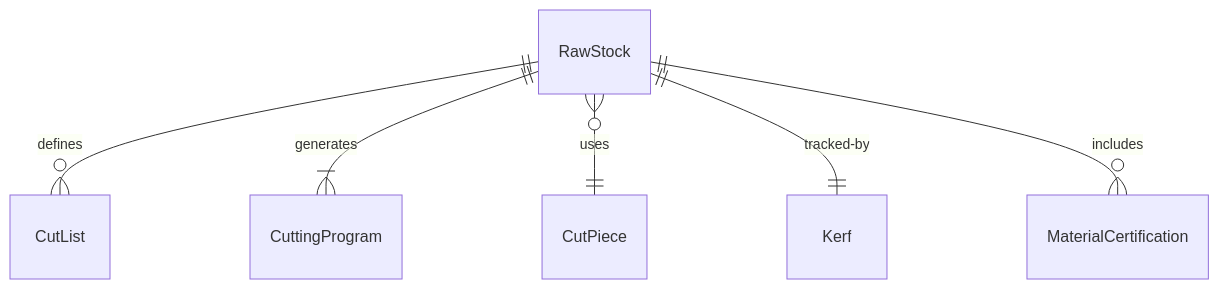
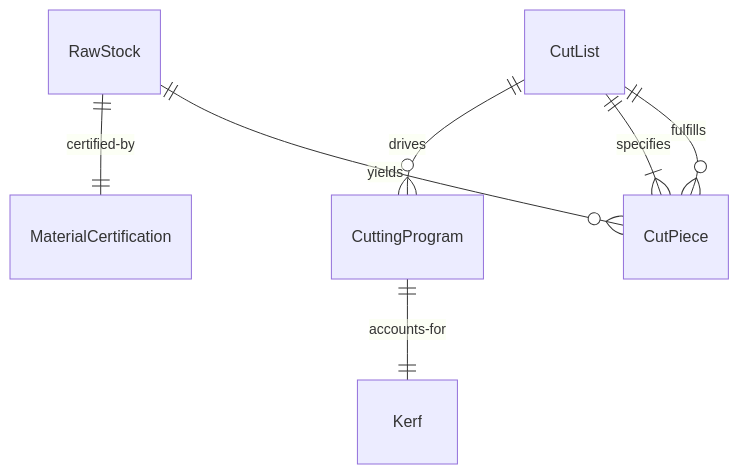
Before and after one commit to dot-org-ai/tasks.org.ai: the first of 4 diagrams in HandlingAndMovingObjects/CutMaterials/CutIndustrialMaterialsPreparationFabrication.mdx, drawn with Mermaid. The commit also changed other lines of this file and 515 other files, not shown here.

````diff
--- a/HandlingAndMovingObjects/CutMaterials/CutIndustrialMaterialsPreparationFabrication.mdx
+++ b/HandlingAndMovingObjects/CutMaterials/CutIndustrialMaterialsPreparationFabrication.mdx
@@ -87,8 +87,9 @@
 ```mermaid
 erDiagram
-    RawStock ||--o{ CutList : "defines"
-    RawStock ||--|{ CuttingProgram : "generates"
-    RawStock }o--|| CutPiece : "uses"
-    RawStock ||--|| Kerf : "tracked-by"
-    RawStock ||--o{ MaterialCertification : "includes"
+    CutList ||--o{ CuttingProgram : "drives"
+    CuttingProgram ||--|| Kerf : "accounts-for"
+    RawStock ||--|| MaterialCertification : "certified-by"
+    RawStock ||--o{ CutPiece : "yields"
+    CutList ||--|{ CutPiece : "specifies"
+    CutPiece }o--|| CutList : "fulfills"
 ```
````
